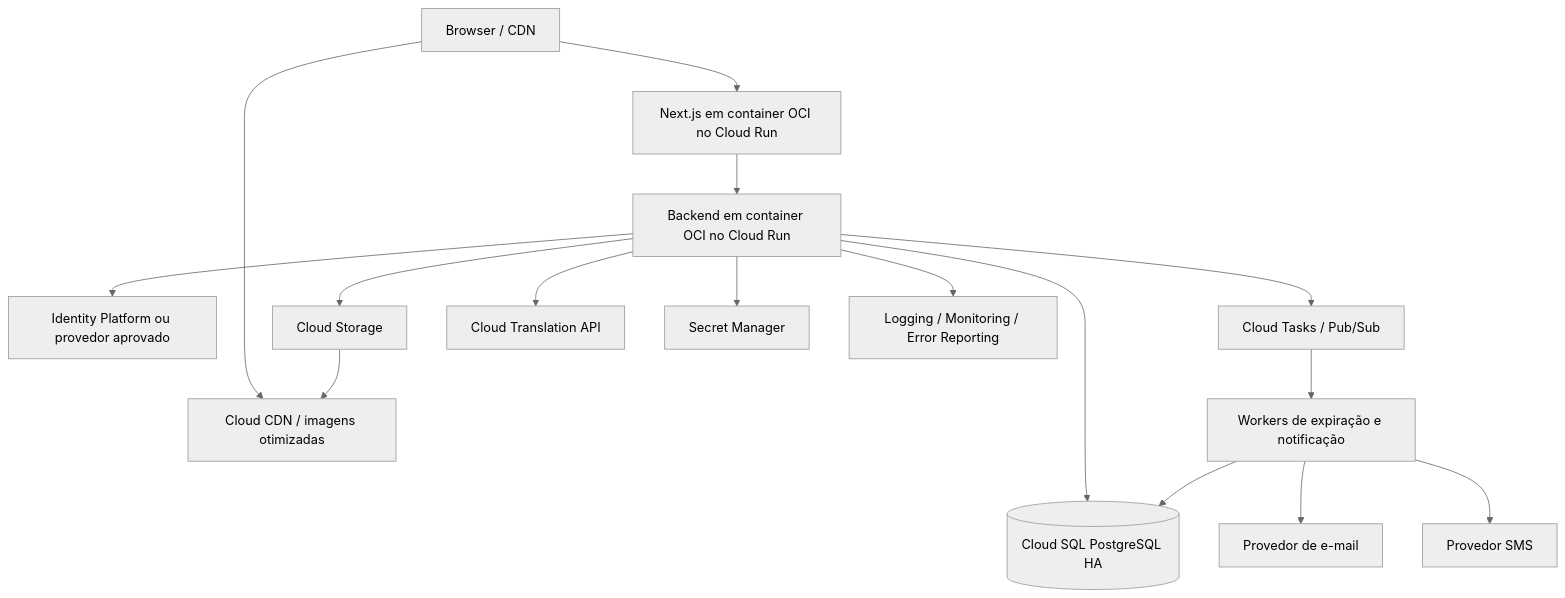
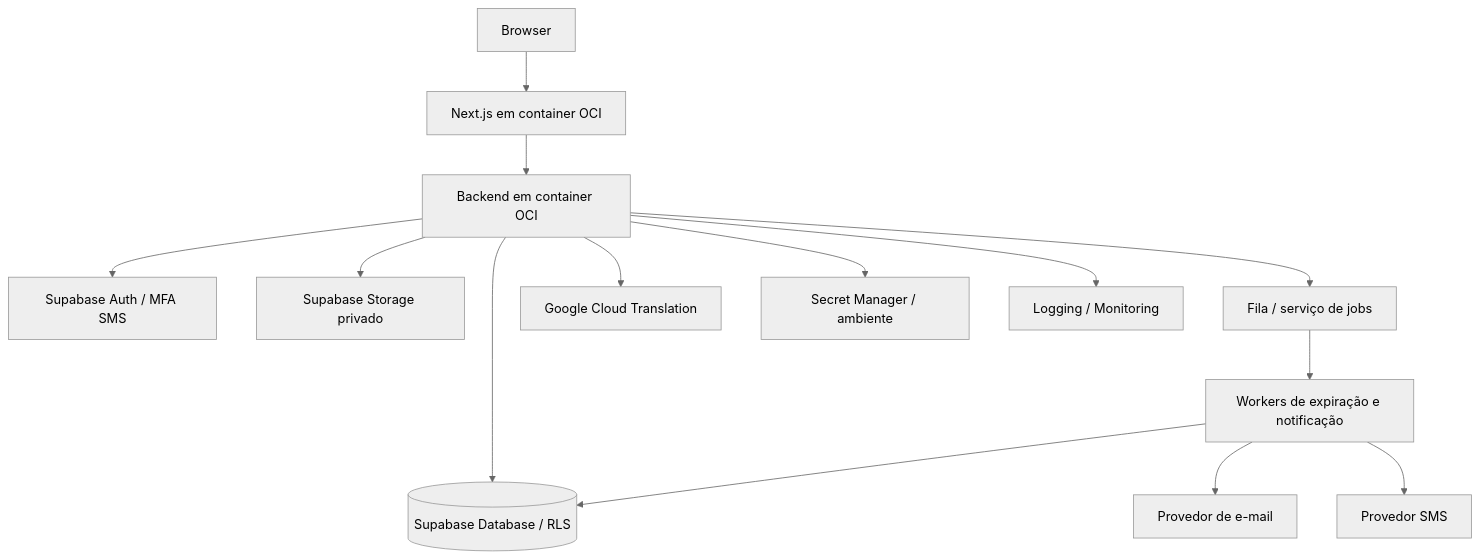
The diagram in docs/diagrams/architecture.mmd (marianafloriano1/FlorDaMeiaNoite), drawn with Mermaid (neutral theme) before and after one commit. The commit also changed 345 other files, not shown here.

```diff
--- a/docs/diagrams/architecture.mmd
+++ b/docs/diagrams/architecture.mmd
@@ -1,16 +1,14 @@
 flowchart TB
-  Browser[Browser / CDN] --> Web[Next.js em container OCI no Cloud Run]
-  Web --> API[Backend em container OCI no Cloud Run]
-  API --> Auth[Identity Platform ou provedor aprovado]
-  API --> DB[(Cloud SQL PostgreSQL HA)]
-  API --> Obj[Cloud Storage]
-  Browser --> CDN[Cloud CDN / imagens otimizadas]
-  Obj --> CDN
-  API --> Tasks[Cloud Tasks / Pub/Sub]
+  Browser[Browser] --> Web[Next.js em container OCI]
+  Web --> API[Backend em container OCI]
+  API --> Auth[Supabase Auth / MFA SMS]
+  API --> DB[(Supabase Database / RLS)]
+  API --> Obj[Supabase Storage privado]
+  API --> Tasks[Fila / serviço de jobs]
   Tasks --> Jobs[Workers de expiração e notificação]
   Jobs --> DB
   Jobs --> Mail[Provedor de e-mail]
   Jobs --> SMS[Provedor SMS]
-  API --> Translate[Cloud Translation API]
-  API --> Secrets[Secret Manager]
-  API --> Obs[Logging / Monitoring / Error Reporting]
+  API --> Translate[Google Cloud Translation]
+  API --> Secrets[Secret Manager / ambiente]
+  API --> Obs[Logging / Monitoring]
```
